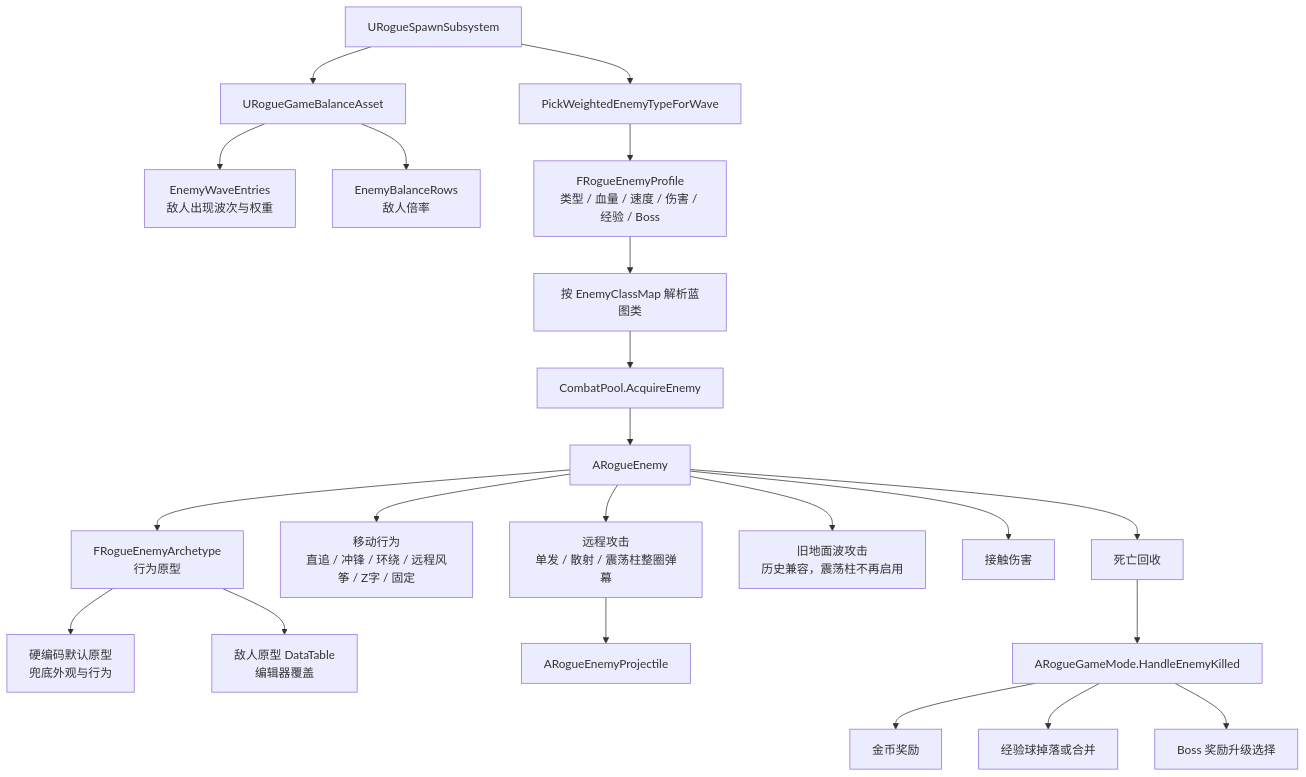
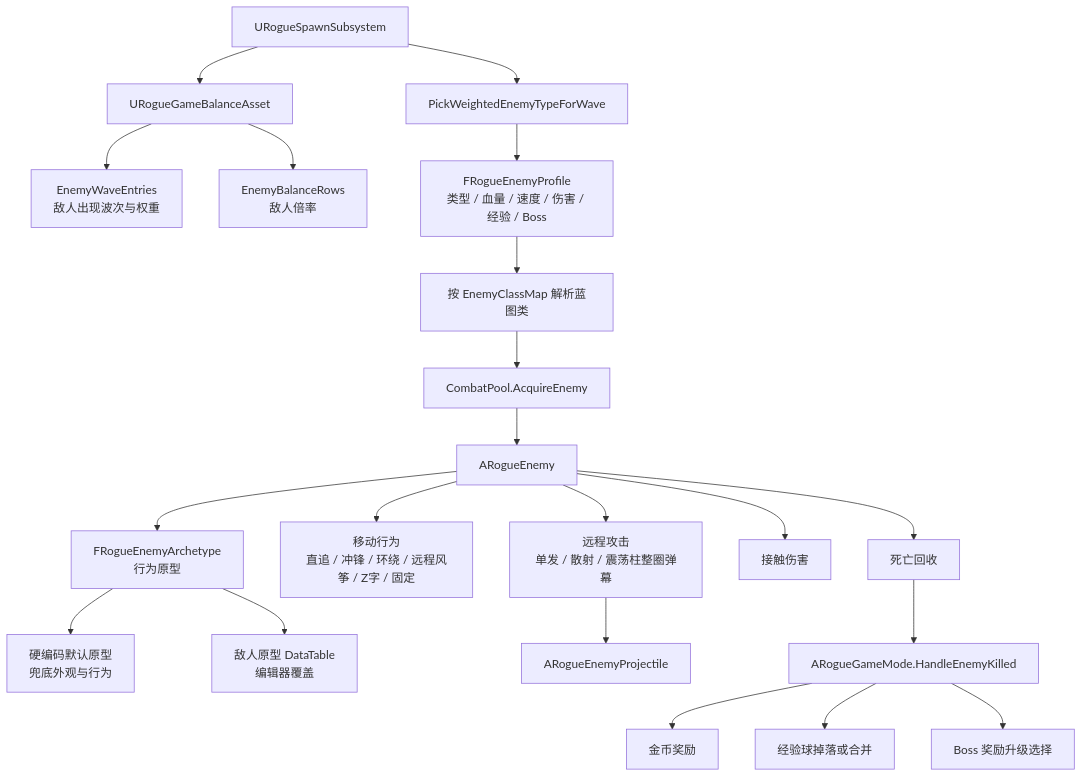
The fifth of 10 diagrams in Docs/CurrentAllSystemsArchitecture.md (Elysiasloverly/AI-), drawn with Mermaid before and after one commit. The commit also changed 189 other files, not shown here.

First line of the commit message:
feat(enemies,ui): 敌人远程变体与弹体蓝图、HUD 生命值组件化

````diff
--- a/Docs/CurrentAllSystemsArchitecture.md
+++ b/Docs/CurrentAllSystemsArchitecture.md
@@ -137,28 +137,27 @@
 ```mermaid
 flowchart TD
     SpawnSub["URogueSpawnSubsystem"] --> Balance["URogueGameBalanceAsset"]
     Balance --> WaveEntries["EnemyWaveEntries\n敌人出现波次与权重"]
     Balance --> EnemyBalance["EnemyBalanceRows\n敌人倍率"]
 
     SpawnSub --> PickType["PickWeightedEnemyTypeForWave"]
     PickType --> Profile["FRogueEnemyProfile\n类型 / 血量 / 速度 / 伤害 / 经验 / Boss"]
     Profile --> ResolveClass["按 EnemyClassMap 解析蓝图类"]
     ResolveClass --> PoolEnemy["CombatPool.AcquireEnemy"]
     PoolEnemy --> Enemy["ARogueEnemy"]
 
     Enemy --> Archetype["FRogueEnemyArchetype\n行为原型"]
     Archetype --> HardcodedFallback["硬编码默认原型\n兜底外观与行为"]
     Archetype --> EnemyDT["敌人原型 DataTable\n编辑器覆盖"]
 
     Enemy --> Movement["移动行为\n直追 / 冲锋 / 环绕 / 远程风筝 / Z字 / 固定"]
     Enemy --> Ranged["远程攻击\n单发 / 散射 / 震荡柱整圈弹幕"]
-    Enemy --> GroundWave["旧地面波攻击\n历史兼容，震荡柱不再启用"]
     Enemy --> Contact["接触伤害"]
     Enemy --> Death["死亡回收"]
 
     Ranged --> EnemyProjectile["ARogueEnemyProjectile"]
     Death --> GMKilled["ARogueGameMode.HandleEnemyKilled"]
     GMKilled --> Currency["金币奖励"]
     GMKilled --> ExpPickup["经验球掉落或合并"]
     GMKilled --> BossReward["Boss 奖励升级选择"]
 ```
````
